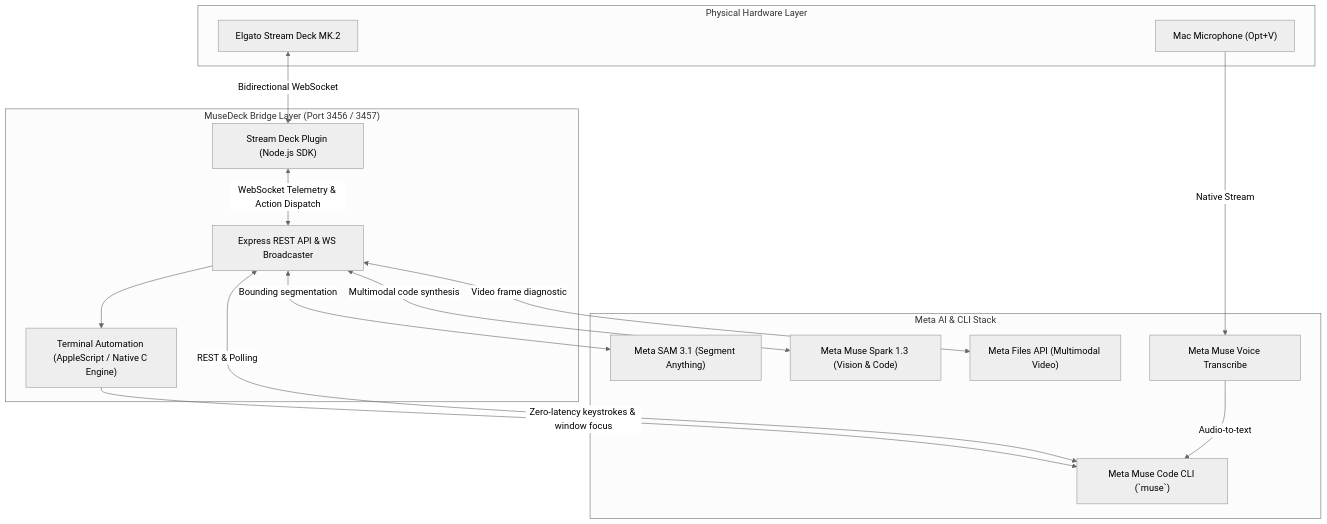
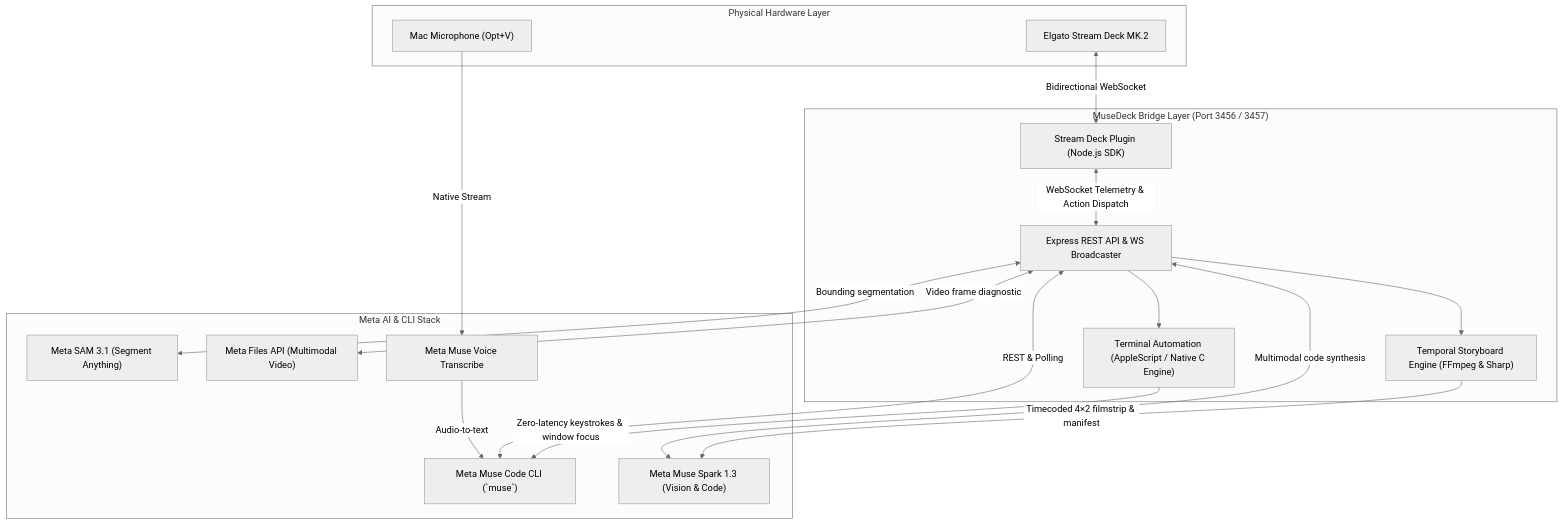
The first of 3 diagrams in README.md (memetcircus/musedeck), drawn with Mermaid (neutral theme) before and after one commit. The commit also changed other lines of this file, not shown here.

Commit message:
docs: update system architecture and data pipeline with temporal storyboard engine

````diff
--- a/README.md
+++ b/README.md
@@ -174,34 +175,37 @@
 ```mermaid
 flowchart TD
     subgraph Hardware["Physical Hardware Layer"]
         SD["Elgato Stream Deck MK.2"]
         MIC["Mac Microphone (Opt+V)"]
     end
 
     subgraph BridgeLayer["MuseDeck Bridge Layer (Port 3456 / 3457)"]
         Plugin["Stream Deck Plugin (Node.js SDK)"]
         Server["Express REST API & WS Broadcaster"]
         Automator["Terminal Automation (AppleScript / Native C Engine)"]
+        Storyboard["Temporal Storyboard Engine (FFmpeg & Sharp)"]
     end
 
     subgraph MetaStack["Meta AI & CLI Stack"]
         MuseCLI["Meta Muse Code CLI (`muse`)"]
         SAM["Meta SAM 3.1 (Segment Anything)"]
         Spark["Meta Muse Spark 1.3 (Vision & Code)"]
         FilesAPI["Meta Files API (Multimodal Video)"]
         VoiceAPI["Meta Muse Voice Transcribe"]
     end
 
     SD <-->|"Bidirectional WebSocket"| Plugin
     Plugin <-->|"WebSocket Telemetry & Action Dispatch"| Server
     Server --> Automator
+    Server --> Storyboard
     Automator -->|"Zero-latency keystrokes & window focus"| MuseCLI
     Server <-->|"REST & Polling"| MuseCLI
 
     MIC -->|"Native Stream"| VoiceAPI
     VoiceAPI -->|"Audio-to-text"| MuseCLI
 
     Server <-->|"Bounding segmentation"| SAM
+    Storyboard -->|"Timecoded 4×2 filmstrip & manifest"| Spark
     Server <-->|"Multimodal code synthesis"| Spark
     Server <-->|"Video frame diagnostic"| FilesAPI
 ```
````
